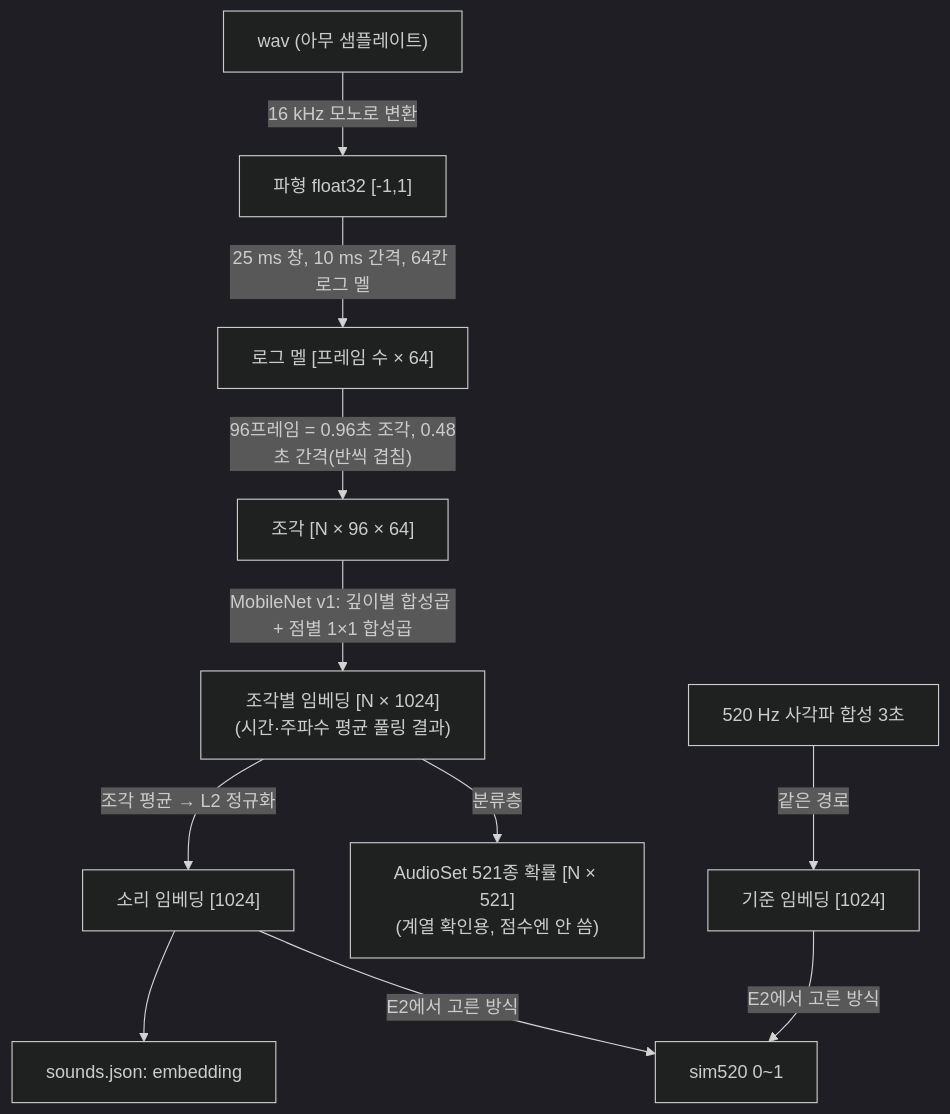
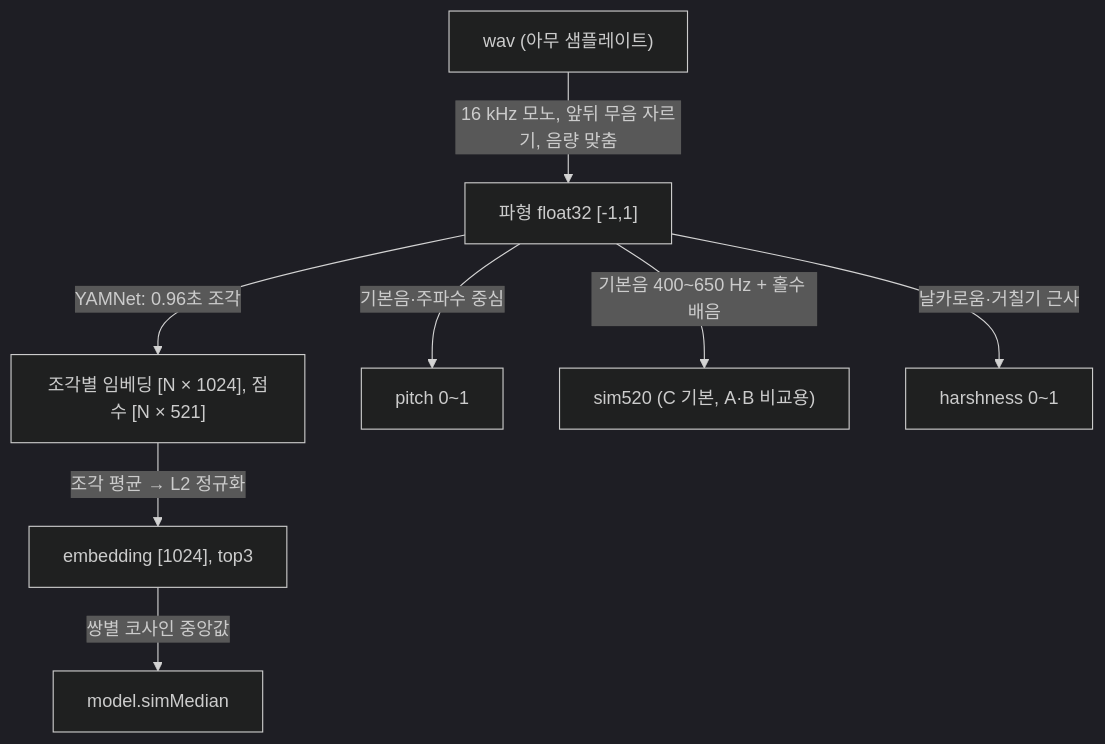
One commit to lyw012012-cpu/appa-anjanda changed the second of 3 diagrams in docs/context/design.md. Above: the diagram before and after it, drawn with Mermaid (dark theme). The commit also changed other lines of this file and 7 other files, not shown here.

````diff
--- a/docs/context/design.md
+++ b/docs/context/design.md
@@ -135,12 +170,10 @@
 ```mermaid
 flowchart TD
-  A["wav (아무 샘플레이트)"] -->|16 kHz 모노로 변환| B["파형 float32 [-1,1]"]
-  B -->|25 ms 창, 10 ms 간격, 64칸 로그 멜| C["로그 멜 [프레임 수 × 64]"]
-  C -->|"96프레임 = 0.96초 조각, 0.48초 간격(반씩 겹침)"| D["조각 [N × 96 × 64]"]
-  D -->|MobileNet v1: 깊이별 합성곱 + 점별 1×1 합성곱| E["조각별 임베딩 [N × 1024]<br/>(시간·주파수 평균 풀링 결과)"]
-  E -->|조각 평균 → L2 정규화| F["소리 임베딩 [1024]"]
-  E -->|분류층| G["AudioSet 521종 확률 [N × 521]<br/>(계열 확인용, 점수엔 안 씀)"]
-  F --> H["sounds.json: embedding"]
-  S["520 Hz 사각파 합성 3초"] -->|같은 경로| SF["기준 임베딩 [1024]"]
-  F & SF -->|E2에서 고른 방식| I["sim520 0~1"]
+  A["wav (아무 샘플레이트)"] -->|16 kHz 모노, 앞뒤 무음 자르기, 음량 맞춤| B["파형 float32 [-1,1]"]
+  B -->|YAMNet: 0.96초 조각| E["조각별 임베딩 [N × 1024], 점수 [N × 521]"]
+  E -->|조각 평균 → L2 정규화| F["embedding [1024], top3"]
+  F -->|쌍별 코사인 중앙값| M["model.simMedian"]
+  B -->|기본음·주파수 중심| PI["pitch 0~1"]
+  B -->|기본음 400~650 Hz + 홀수 배음| S["sim520 (C 기본, A·B 비교용)"]
+  B -->|날카로움·거칠기 근사| H["harshness 0~1"]
 ```
````
